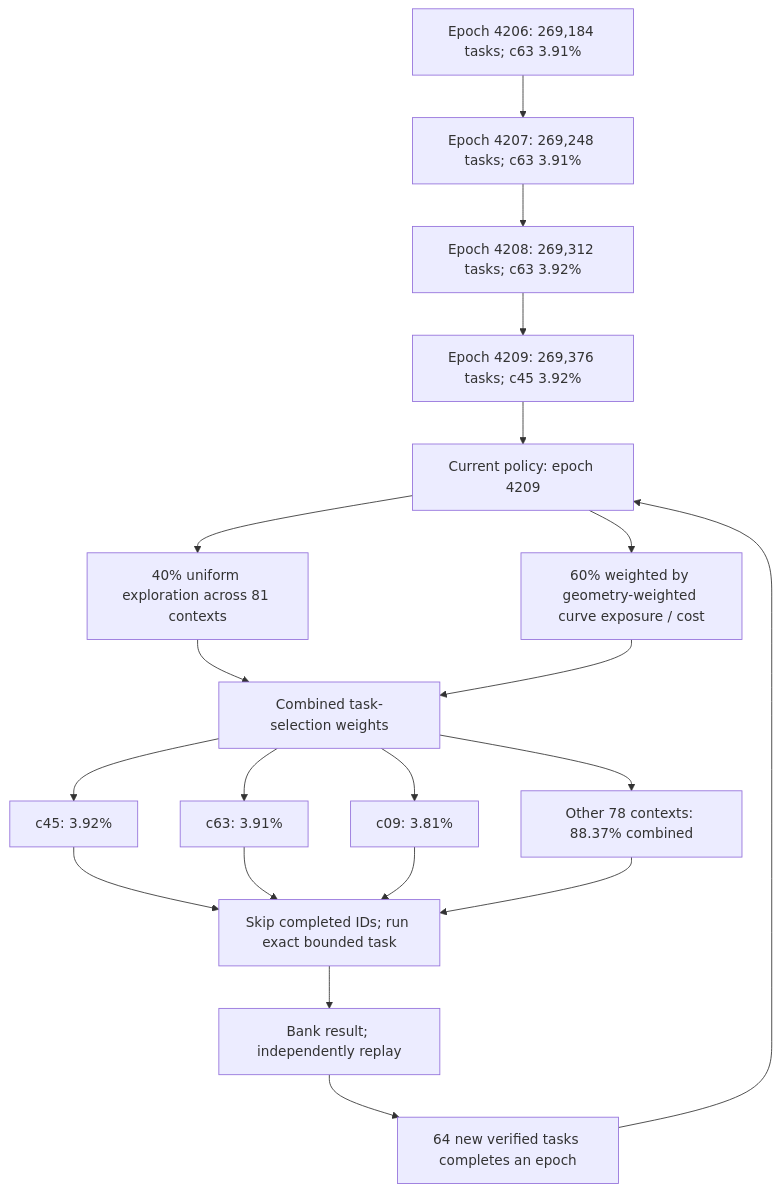
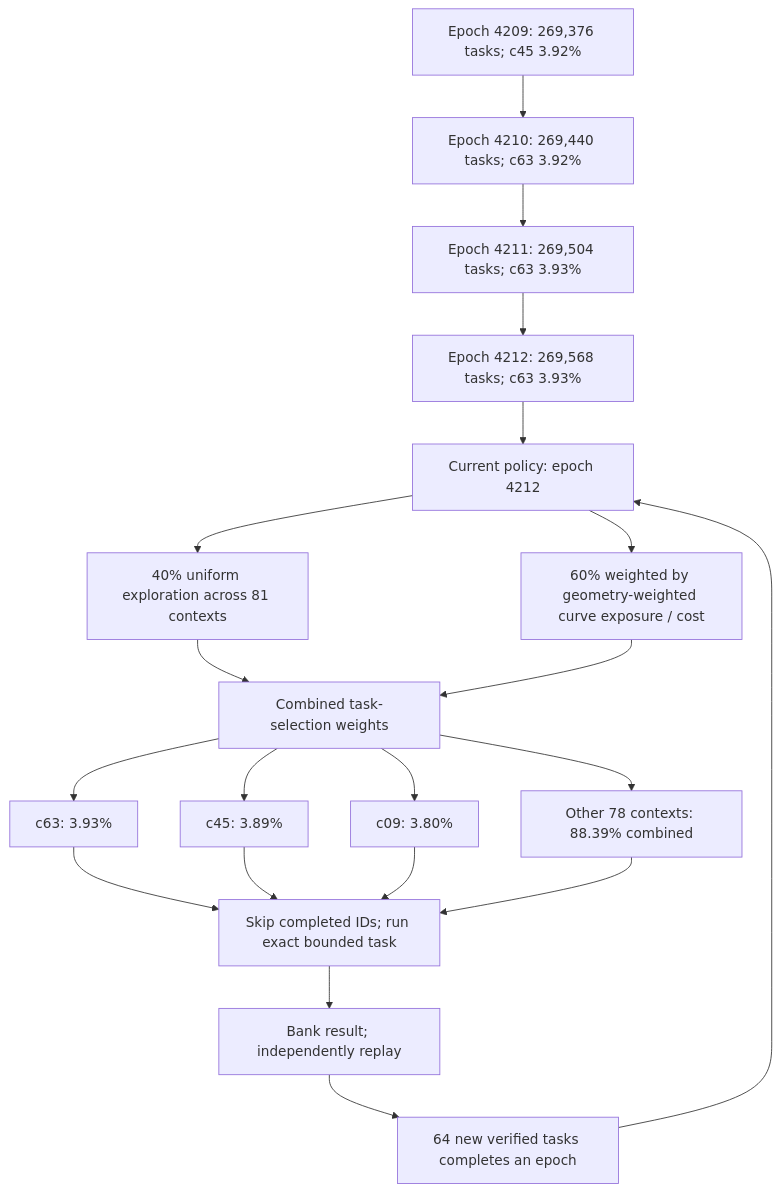
Before and after one commit to Kuberwastaken/math-gambling: the first of 3 diagrams in README.md, drawn with Mermaid. The commit also changed other lines of this file and 649 other files, not shown here.

````diff
--- a/README.md
+++ b/README.md
@@ -60,27 +60,27 @@
 ```mermaid
 flowchart TD
-    H0["Epoch 4206: 269,184 tasks; c63 3.91%"]
-    H1["Epoch 4207: 269,248 tasks; c63 3.91%"]
+    H0["Epoch 4209: 269,376 tasks; c45 3.92%"]
+    H1["Epoch 4210: 269,440 tasks; c63 3.92%"]
     H0 --> H1
-    H2["Epoch 4208: 269,312 tasks; c63 3.92%"]
+    H2["Epoch 4211: 269,504 tasks; c63 3.93%"]
     H1 --> H2
-    H3["Epoch 4209: 269,376 tasks; c45 3.92%"]
+    H3["Epoch 4212: 269,568 tasks; c63 3.93%"]
     H2 --> H3
-    Policy["Current policy: epoch 4209"]
+    Policy["Current policy: epoch 4212"]
     H3 --> Policy
     Policy --> Explore["40% uniform exploration across 81 contexts"]
     Policy --> Cost["60% weighted by geometry-weighted curve exposure / cost"]
     Explore --> Mix["Combined task-selection weights"]
     Cost --> Mix
-    Mix --> C0["c45: 3.92%"]
-    Mix --> C1["c63: 3.91%"]
-    Mix --> C2["c09: 3.81%"]
-    Mix --> Rest["Other 78 contexts: 88.37% combined"]
+    Mix --> C0["c63: 3.93%"]
+    Mix --> C1["c45: 3.89%"]
+    Mix --> C2["c09: 3.80%"]
+    Mix --> Rest["Other 78 contexts: 88.39% combined"]
     C0 --> Check["Skip completed IDs; run exact bounded task"]
     C1 --> Check
     C2 --> Check
     Rest --> Check
     Check --> Replay["Bank result; independently replay"]
     Replay --> Gate["64 new verified tasks completes an epoch"]
     Gate --> Policy
 ```
````
